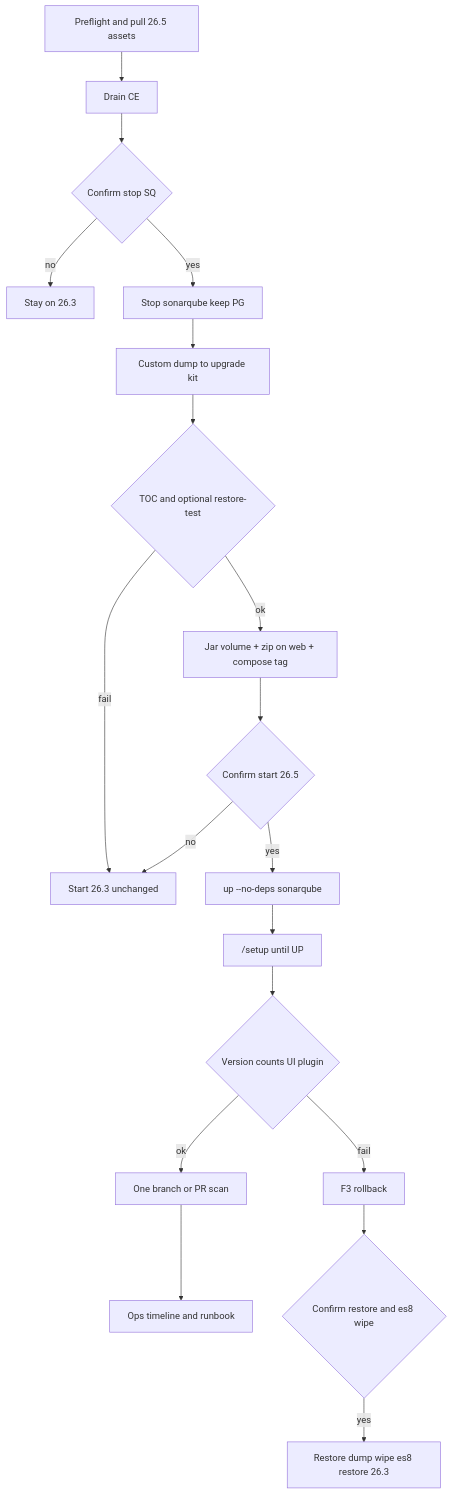
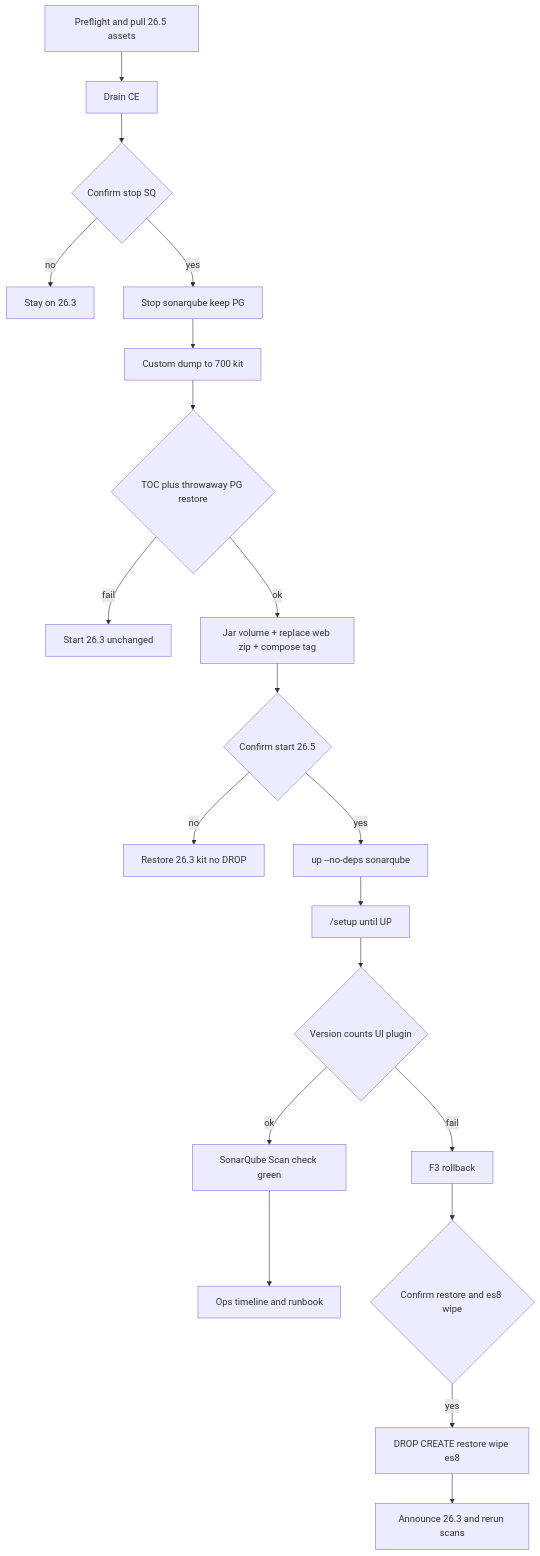
The diagram in docs/plans/2026-09-09-1406-ops-sonarqube-26-5-upgrade-plan.md (IAmKongHai/Server-Operations), drawn with Mermaid before and after one commit. The commit also changed other lines of this file, not shown here.

First line of the commit message:
docs: 落实 SonarQube 26.5 升级计划的全部 P1 审查修正

````diff
--- a/docs/plans/2026-09-09-1406-ops-sonarqube-26-5-upgrade-plan.md
+++ b/docs/plans/2026-09-09-1406-ops-sonarqube-26-5-upgrade-plan.md
@@ -157,21 +159,22 @@
 ```mermaid
 flowchart TB
   pre[Preflight and pull 26.5 assets] --> drain[Drain CE]
   drain --> conf1{Confirm stop SQ}
   conf1 -->|no| abort0[Stay on 26.3]
   conf1 -->|yes| stop[Stop sonarqube keep PG]
-  stop --> dump[Custom dump to upgrade kit]
-  dump --> prove{TOC and optional restore-test}
+  stop --> dump[Custom dump to 700 kit]
+  dump --> prove{TOC plus throwaway PG restore}
   prove -->|fail| abort1[Start 26.3 unchanged]
-  prove -->|ok| swap[Jar volume + zip on web + compose tag]
+  prove -->|ok| swap[Jar volume + replace web zip + compose tag]
   swap --> conf2{Confirm start 26.5}
-  conf2 -->|no| abort1
+  conf2 -->|no| abort2[Restore 26.3 kit no DROP]
   conf2 -->|yes| start[up --no-deps sonarqube]
   start --> setup["/setup until UP"]
   setup --> v{Version counts UI plugin}
   v -->|fail| rb[F3 rollback]
-  v -->|ok| scan[One branch or PR scan]
+  v -->|ok| scan[SonarQube Scan check green]
   scan --> docs[Ops timeline and runbook]
   rb --> conf3{Confirm restore and es8 wipe}
-  conf3 -->|yes| rest[Restore dump wipe es8 restore 26.3]
+  conf3 -->|yes| rest[DROP CREATE restore wipe es8]
+  rest --> announce[Announce 26.3 and rerun scans]
 ```
````
